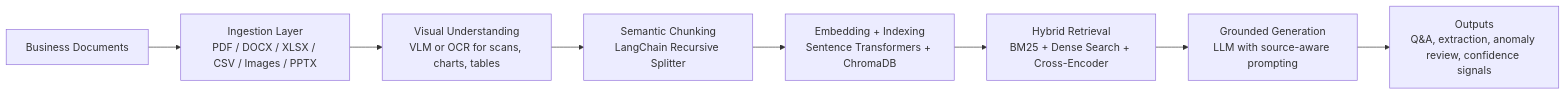
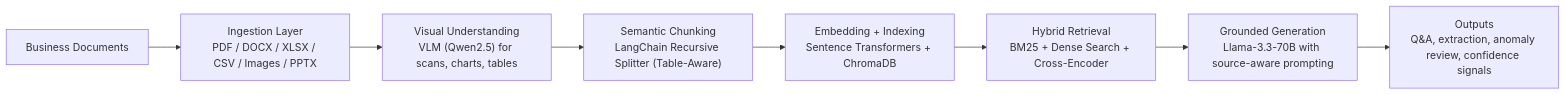
The diagram in README.md (Naniyarram/AI-Document-Intelligence-System), drawn with Mermaid before and after one commit. The commit also changed other lines of this file and 17 other files, not shown here.

````diff
--- a/README.md
+++ b/README.md
@@ -39,10 +29,10 @@
 ```mermaid
 flowchart LR
     A["Business Documents"] --> B["Ingestion Layer<br/>PDF / DOCX / XLSX / CSV / Images / PPTX"]
-    B --> C["Visual Understanding<br/>VLM or OCR for scans, charts, tables"]
-    C --> D["Semantic Chunking<br/>LangChain Recursive Splitter"]
+    B --> C["Visual Understanding<br/>VLM (Qwen2.5) for scans, charts, tables"]
+    C --> D["Semantic Chunking<br/>LangChain Recursive Splitter (Table-Aware)"]
     D --> E["Embedding + Indexing<br/>Sentence Transformers + ChromaDB"]
     E --> F["Hybrid Retrieval<br/>BM25 + Dense Search + Cross-Encoder"]
-    F --> G["Grounded Generation<br/>LLM with source-aware prompting"]
+    F --> G["Grounded Generation<br/>Llama-3.3-70B with source-aware prompting"]
     G --> H["Outputs<br/>Q&A, extraction, anomaly review, confidence signals"]
 ```
````
